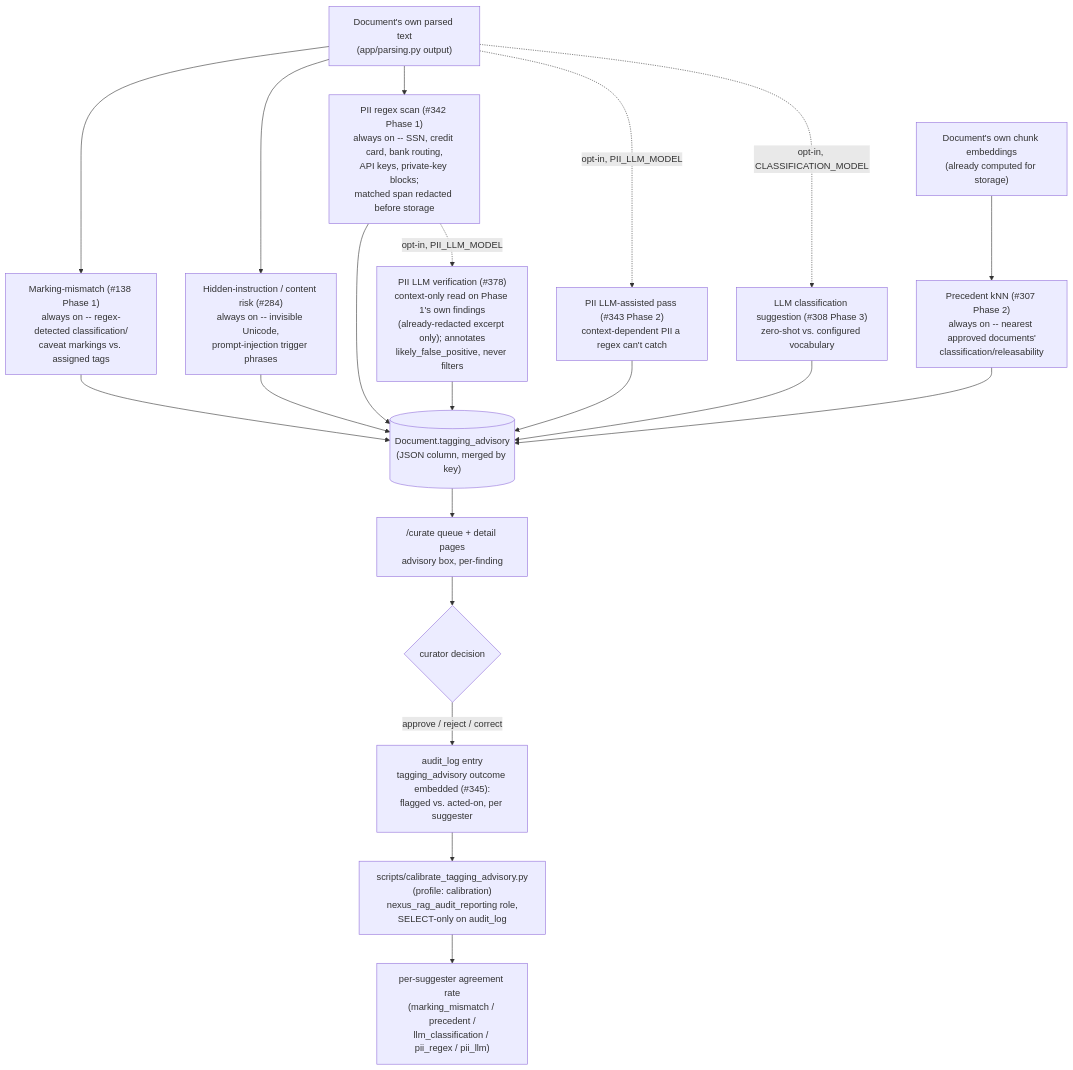
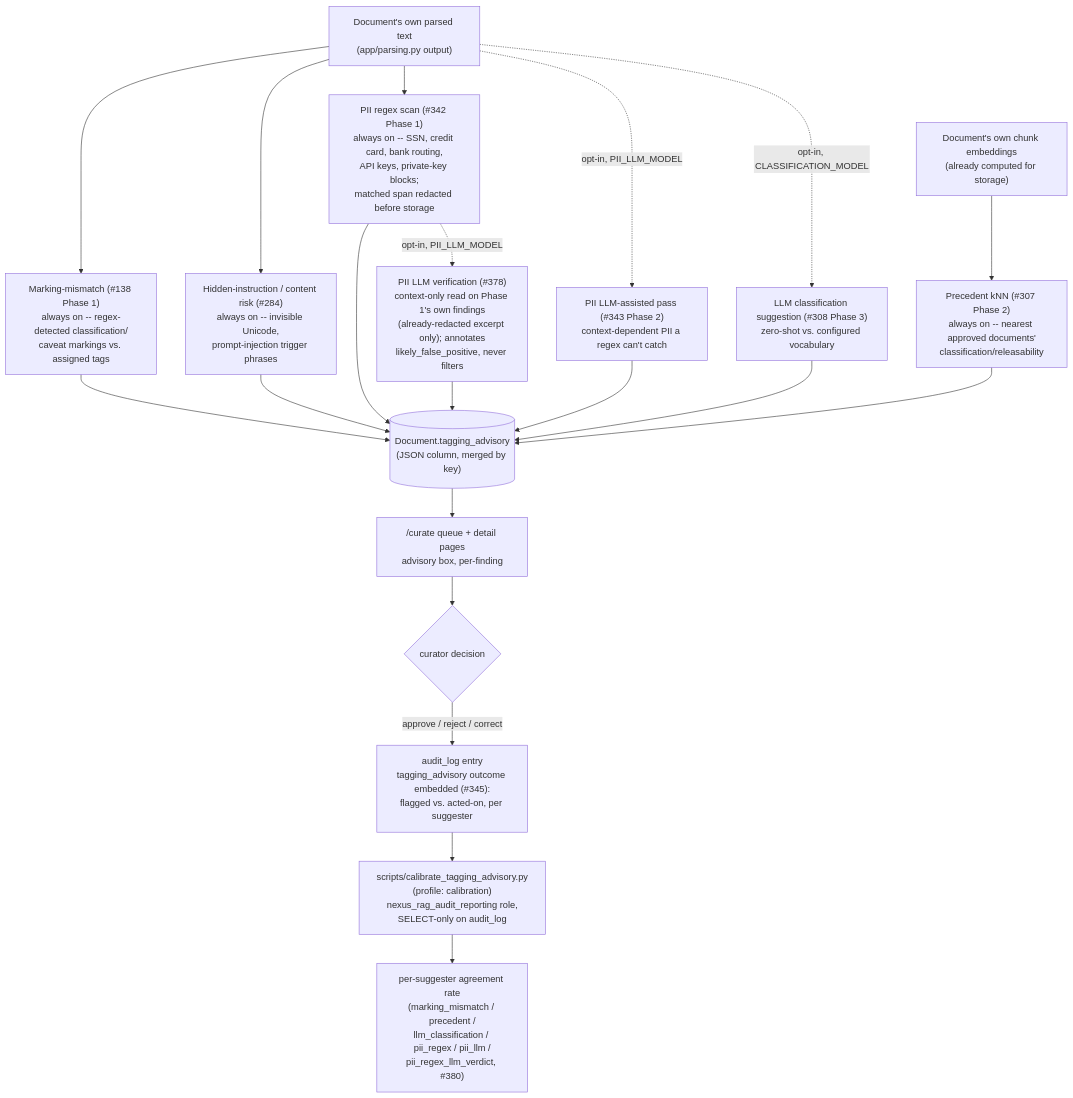
The eighth of 9 diagrams in ARCHITECTURE.md (allamiro/nexus-rag), drawn with Mermaid before and after one commit. The commit also changed 7 other files, not shown here.

````diff
--- a/ARCHITECTURE.md
+++ b/ARCHITECTURE.md
@@ -444,20 +444,20 @@
 ```mermaid
 flowchart TD
     text["Document's own parsed text<br/>(app/parsing.py output)"]
     vec["Document's own chunk embeddings<br/>(already computed for storage)"]
 
     text --> s1["Marking-mismatch (#138 Phase 1)<br/>always on -- regex-detected classification/<br/>caveat markings vs. assigned tags"]
     text --> s2["Hidden-instruction / content risk (#284)<br/>always on -- invisible Unicode,<br/>prompt-injection trigger phrases"]
     text --> s3["PII regex scan (#342 Phase 1)<br/>always on -- SSN, credit card, bank routing,<br/>API keys, private-key blocks;<br/>matched span redacted before storage"]
     s3 -.->|opt-in, PII_LLM_MODEL| s3v["PII LLM verification (#378)<br/>context-only read on Phase 1's own findings<br/>(already-redacted excerpt only); annotates<br/>likely_false_positive, never filters"]
     text -.->|opt-in, PII_LLM_MODEL| s4["PII LLM-assisted pass (#343 Phase 2)<br/>context-dependent PII a regex can't catch"]
     text -.->|opt-in, CLASSIFICATION_MODEL| s5["LLM classification suggestion (#308 Phase 3)<br/>zero-shot vs. configured vocabulary"]
     vec --> s6["Precedent kNN (#307 Phase 2)<br/>always on -- nearest approved documents'<br/>classification/releasability"]
 
     s1 & s2 & s3 & s3v & s4 & s5 & s6 --> col[("Document.tagging_advisory<br/>(JSON column, merged by key)")]
     col --> ui["/curate queue + detail pages<br/>advisory box, per-finding"]
     ui --> dec{"curator decision"}
     dec -->|approve / reject / correct| audit["audit_log entry<br/>tagging_advisory outcome embedded (#345):<br/>flagged vs. acted-on, per suggester"]
     audit --> calib["scripts/calibrate_tagging_advisory.py<br/>(profile: calibration)<br/>nexus_rag_audit_reporting role,<br/>SELECT-only on audit_log"]
-    calib --> report["per-suggester agreement rate<br/>(marking_mismatch / precedent /<br/>llm_classification / pii_regex / pii_llm)"]
+    calib --> report["per-suggester agreement rate<br/>(marking_mismatch / precedent /<br/>llm_classification / pii_regex / pii_llm /<br/>pii_regex_llm_verdict, #380)"]
 ```
````
